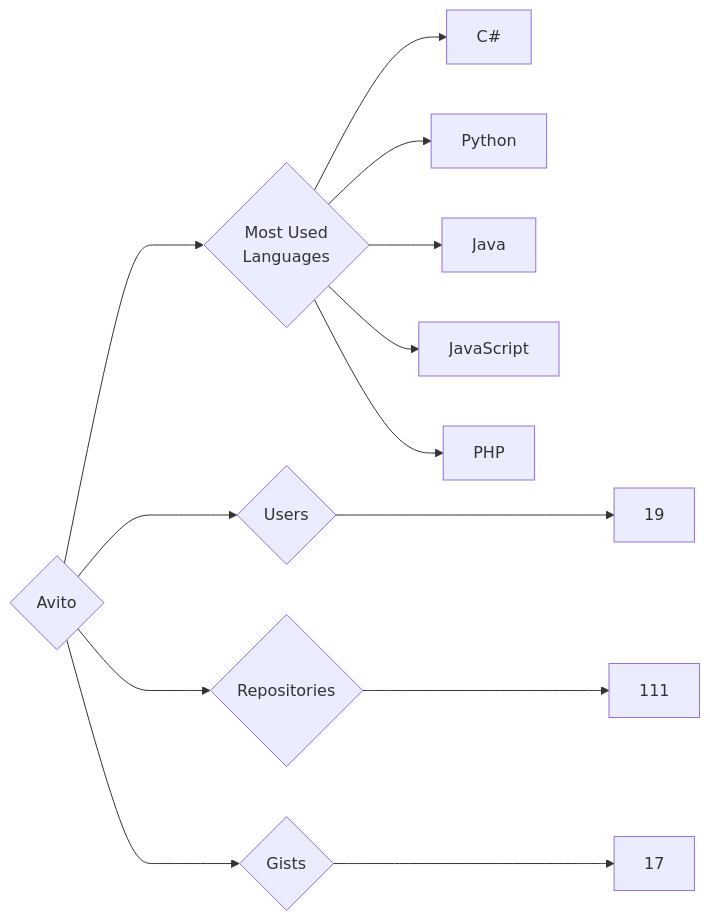
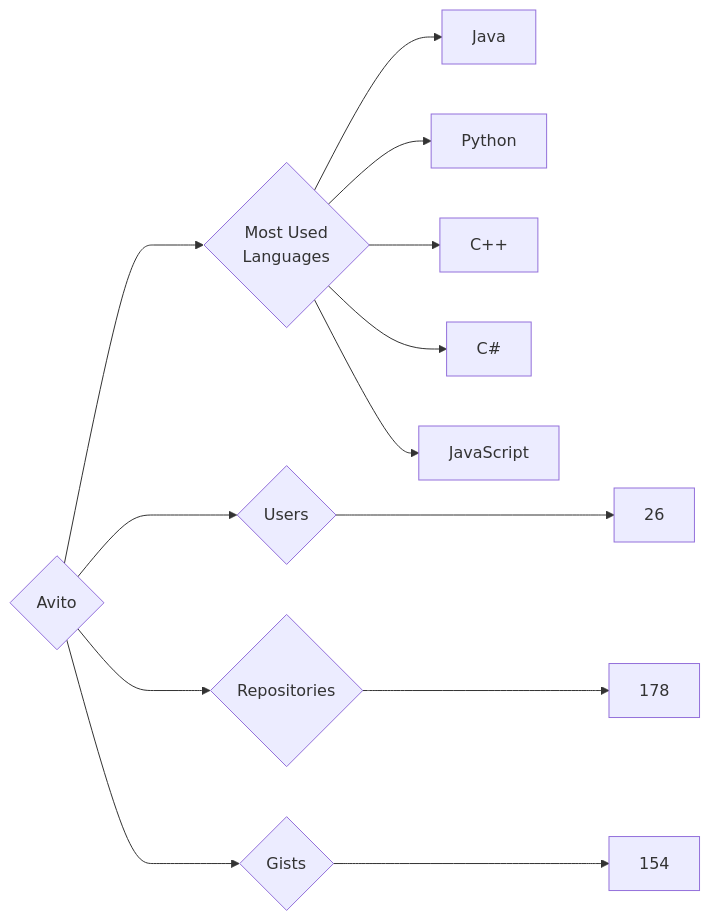
Before and after one commit to trickest/insiders: the diagram in targets/Avito/README.md, drawn with Mermaid. The commit also changed 714 other files, not shown here.

````diff
--- a/targets/Avito/README.md
+++ b/targets/Avito/README.md
@@ -3,13 +3,13 @@
 ```mermaid
 graph LR
 COMPANY_NAME{Avito}
-COMPANY_NAME ---> U{Users} ---> UN[19]
-COMPANY_NAME ---> R{Repositories} ---> RN[111]
-COMPANY_NAME ---> G{Gists} ---> GN[17]
+COMPANY_NAME ---> U{Users} ---> UN[26]
+COMPANY_NAME ---> R{Repositories} ---> RN[178]
+COMPANY_NAME ---> G{Gists} ---> GN[154]
 COMPANY_NAME ---> ML{Most Used<br>Languages}
+ML --> Java[Java]
+ML --> Python[Python]
+ML --> C++[C++]
 ML --> C#[C#]
-ML --> Python[Python]
-ML --> Java[Java]
 ML --> JavaScript[JavaScript]
-ML --> PHP[PHP]
 ```
````
